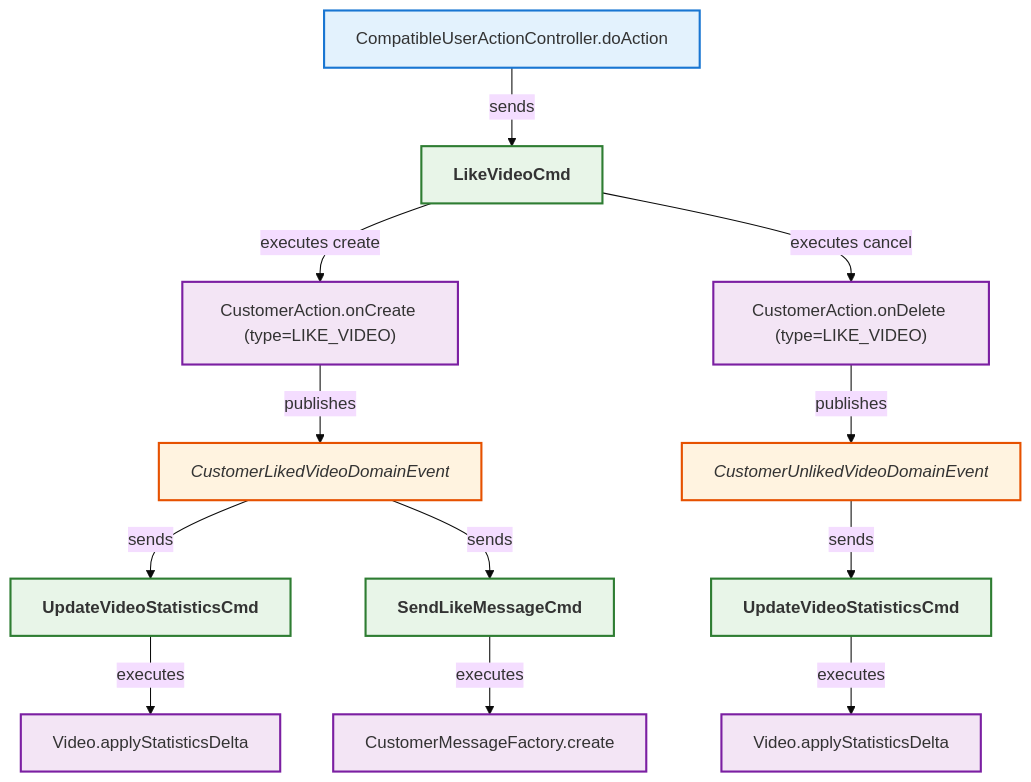
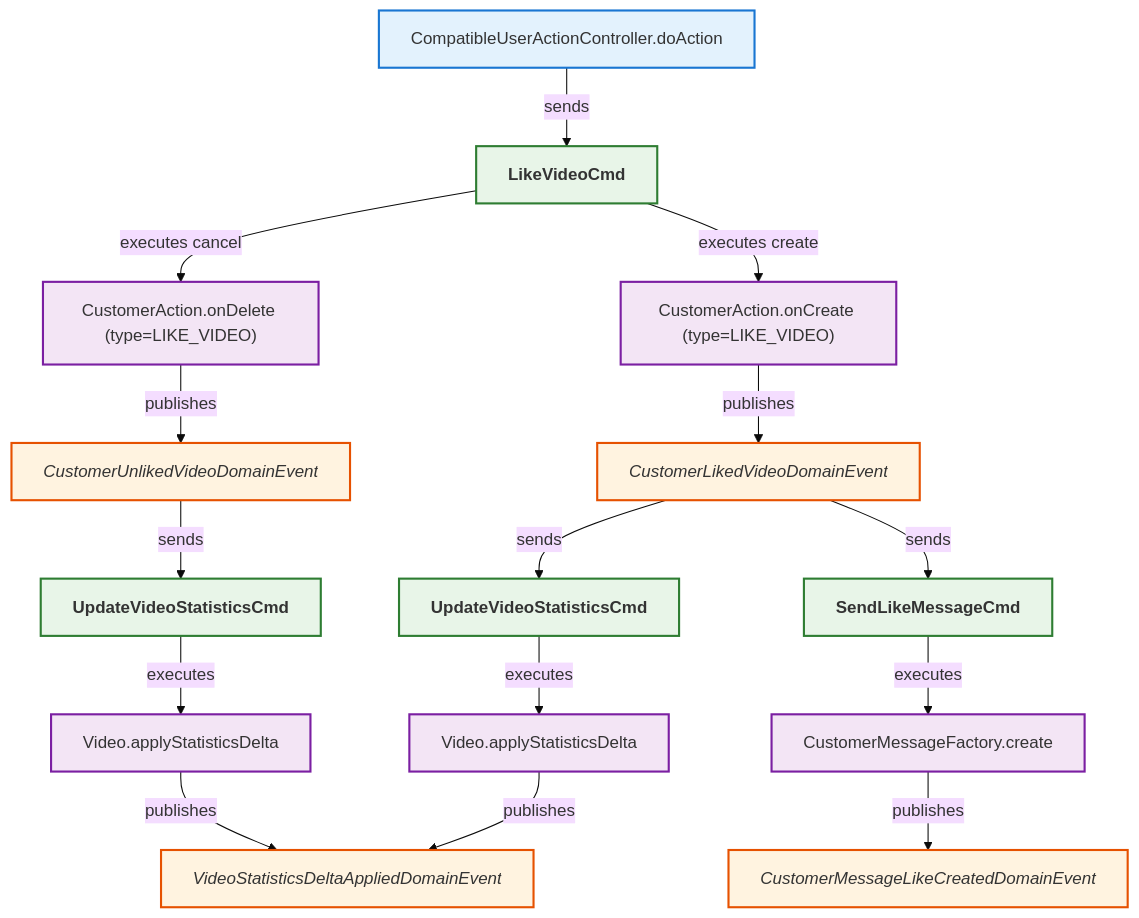
One commit to LDmoxeii/only-danmuku changed the diagram in analysis/CompatibleUserActionController_likeVideo.mmd. Above: the diagram before and after it, drawn with Mermaid (base theme).

Commit message:
feat(analysis): 更新用户行为控制器兼容性分析图
- 在图表中新增 VideoStatisticsDeltaAppliedDomainEvent 领域事件
- 新增 CustomerMessageLikeCreatedDomainEvent 领域事件节点- 连接 Video.applyStatisticsDelta 方法到 VideoStatisticsDeltaAppliedDomainEvent 事件
- 连接 CustomerMessageFactory.create 方法到 CustomerMessageLikeCreatedDomainEvent 事件- 统一发布事件流向，增强图表可读性与逻辑清晰度

```diff
--- a/analysis/CompatibleUserActionController_likeVideo.mmd
+++ b/analysis/CompatibleUserActionController_likeVideo.mmd
@@ -1,61 +1,69 @@
 flowchart TB
 
     N1["CompatibleUserActionController.doAction"]
     class N1 controllermethod;
 
     C1["LikeVideoCmd"]
     class C1 command;
 
     %% Create branch
     A1["CustomerAction.onCreate (type=LIKE_VIDEO)"]
     class A1 entitymethod;
     E1["CustomerLikedVideoDomainEvent"]
     class E1 domainevent;
     CC1["UpdateVideoStatisticsCmd"]
     class CC1 command;
     AV1["Video.applyStatisticsDelta"]
     class AV1 entitymethod;
+    EV1["VideoStatisticsDeltaAppliedDomainEvent"]
+    class EV1 domainevent;
     CC2["SendLikeMessageCmd"]
     class CC2 command;
     AM1["CustomerMessageFactory.create"]
     class AM1 entitymethod;
+    EM1["CustomerMessageLikeCreatedDomainEvent"]
+    class EM1 domainevent;
 
     %% Cancel branch (remove existing like)
     A2["CustomerAction.onDelete (type=LIKE_VIDEO)"]
     class A2 entitymethod;
     E2["CustomerUnlikedVideoDomainEvent"]
     class E2 domainevent;
     CC3["UpdateVideoStatisticsCmd"]
     class CC3 command;
     AV2["Video.applyStatisticsDelta"]
     class AV2 entitymethod;
 
     %% Relationships
     N1 -->|sends| C1
     C1 -->|executes create| A1
     A1 -->|publishes| E1
     E1 -->|sends| CC1
     CC1 -->|executes| AV1
     E1 -->|sends| CC2
     CC2 -->|executes| AM1
     C1 -->|executes cancel| A2
     A2 -->|publishes| E2
     E2 -->|sends| CC3
     CC3 -->|executes| AV2
+
+    AV1 -->|publishes| EV1
+    AV2 -->|publishes| EV1
+    AM1 -->|publishes| EM1
     %% Styles
     classDef controller fill:#e3f2fd,stroke:#1565c0,stroke-width:2px,font-weight:bold;
     classDef controllermethod fill:#e3f2fd,stroke:#1976d2,stroke-width:2px;
     classDef endpoint fill:#e3f2fd,stroke:#42a5f5,stroke-width:2px;
     classDef commandsender fill:#e3f2fd,stroke:#1565c0,stroke-width:2px,font-style:italic;
     classDef commandsendermethod fill:#e3f2fd,stroke:#1976d2,stroke-width:2px,font-style:italic;
     classDef command fill:#e8f5e8,stroke:#2e7d32,stroke-width:2px,font-weight:bold;
     classDef commandhandler fill:#e8f5e8,stroke:#388e3c,stroke-width:2px,font-weight:bold;
     classDef aggregate fill:#fff8e1,stroke:#ff8f00,stroke-width:3px,font-weight:bold;
     classDef entitymethod fill:#f3e5f5,stroke:#7b1fa2,stroke-width:2px;
     classDef domainevent fill:#fff3e0,stroke:#e65100,stroke-width:2px,font-style:italic;
     classDef domaineventhandler fill:#fff3e0,stroke:#ef6c00,stroke-width:2px,font-weight:bold;
     classDef integrationevent fill:#fce4ec,stroke:#880e4f,stroke-width:2px;
     classDef integrationeventhandler fill:#fce4ec,stroke:#ad1457,stroke-width:2px,font-weight:bold;
     classDef integrationeventconverter fill:#e3f2fd,stroke:#0277bd,stroke-width:2px;
     classDef repo fill:#d6dbdf,stroke:#85929e,stroke-width:2px;
     classDef uow fill:#f2f4f4,stroke:#7f8c8d,stroke-width:2px;
```
